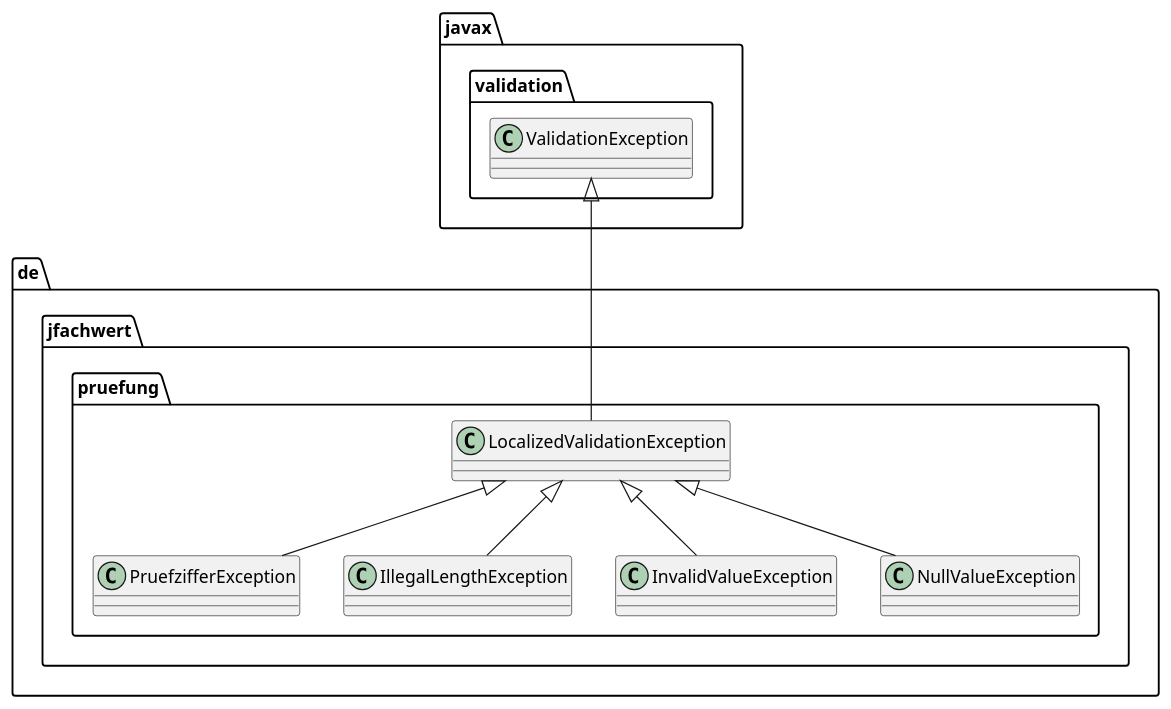
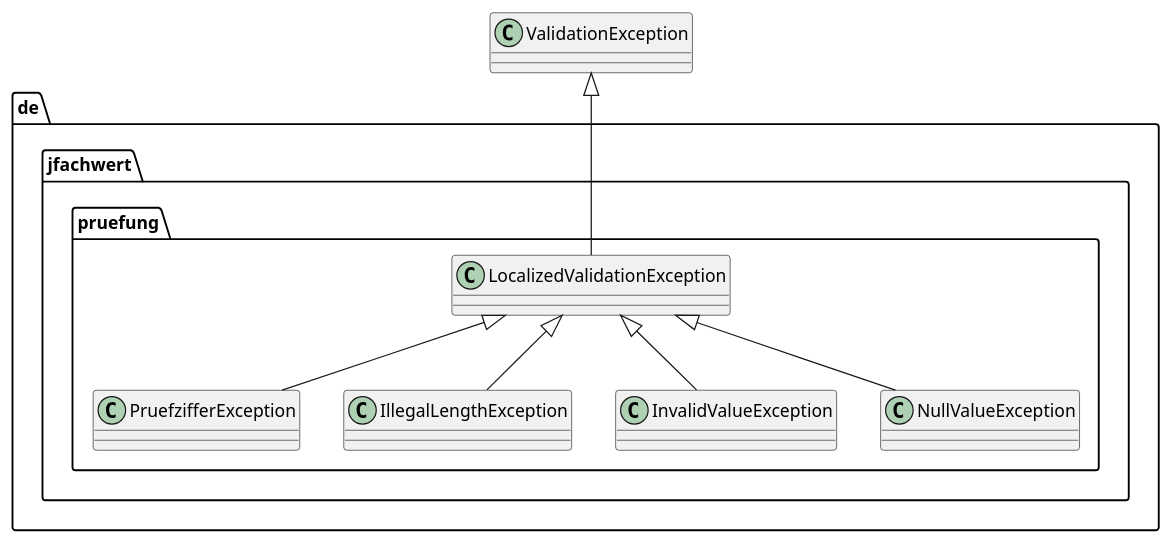
One commit to oboehm/jfachwert changed the diagram in src/main/asciidoc/images/exceptions.puml. Above: the diagram before and after it, drawn with PlantUML. The commit also changed 12 other files, not shown here.

```diff
--- a/src/main/asciidoc/images/exceptions.puml
+++ b/src/main/asciidoc/images/exceptions.puml
@@ -1,19 +1,19 @@
 @startuml
 
 package de.jfachwert.pruefung {
 
     class LocalizedValidationException
     class PruefzifferException
     class IllegalLengthException
     class InvalidValueException
     class NullValueException
 
 }
 
-LocalizedValidationException -up-|> javax.validation.ValidationException
+LocalizedValidationException -up-|> ValidationException
 LocalizedValidationException <|-- PruefzifferException
 LocalizedValidationException <|-- IllegalLengthException
 LocalizedValidationException <|-- InvalidValueException
 LocalizedValidationException <|-- NullValueException
 
 @enduml
```
